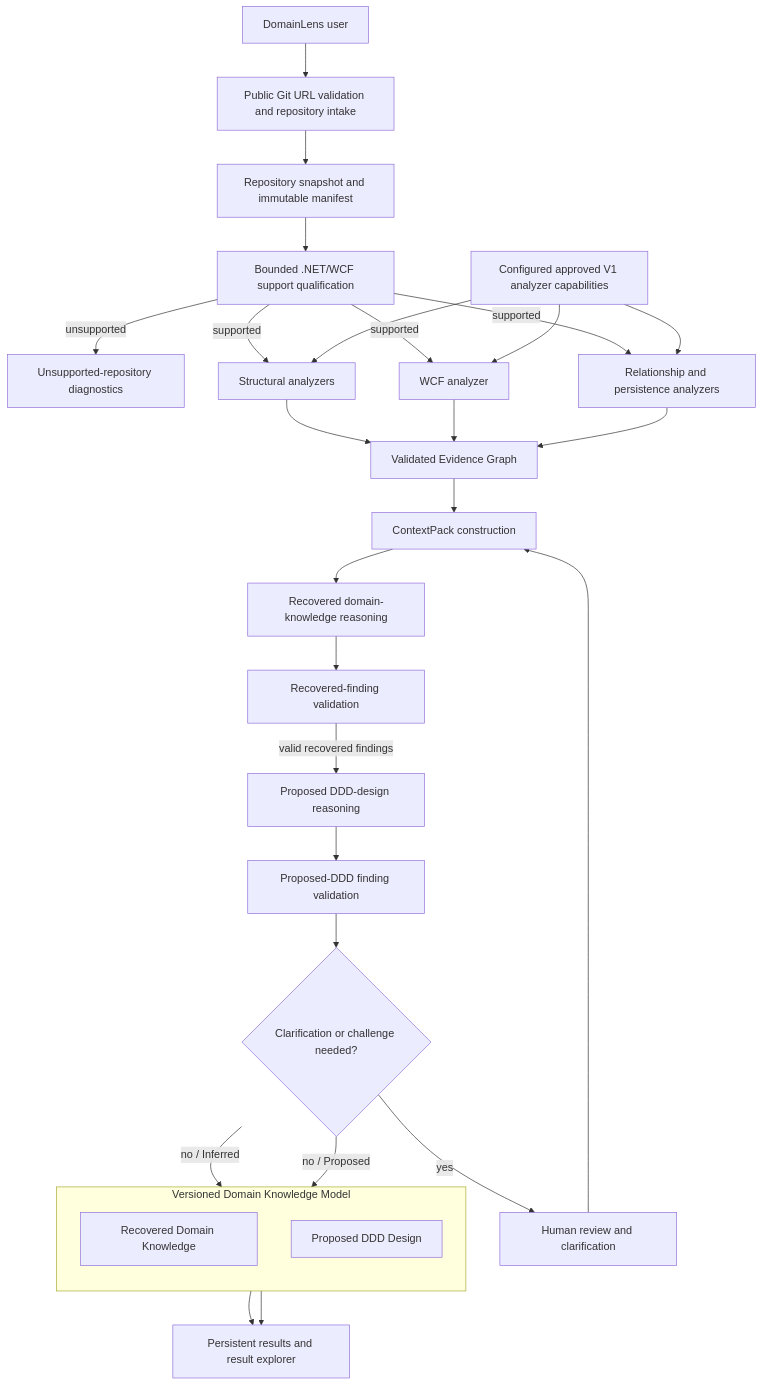
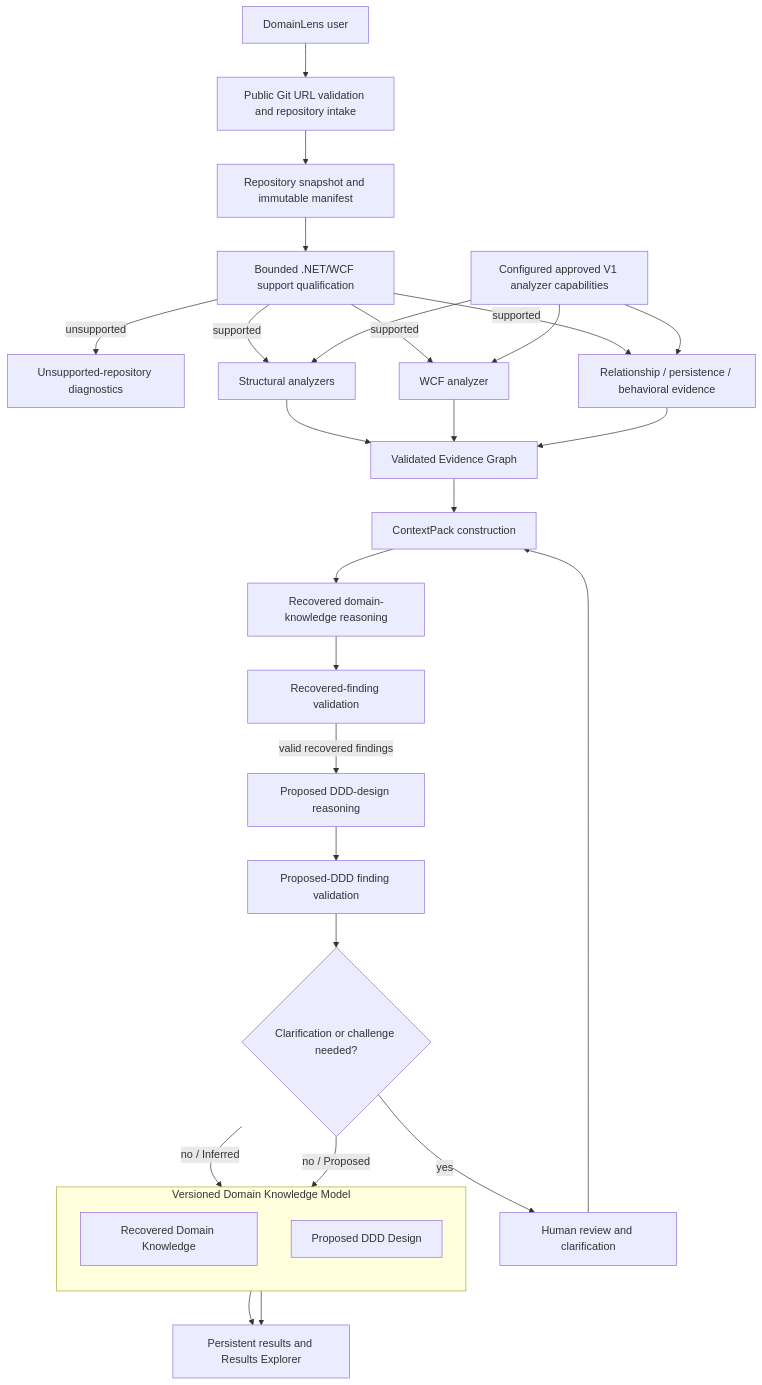
The third of 5 diagrams in docs/architecture/04-analysis-pipeline.md (ksharik/domainLens), drawn with Mermaid before and after one commit. The commit also changed other lines of this file and 21 other files, not shown here.

````diff
--- a/docs/architecture/04-analysis-pipeline.md
+++ b/docs/architecture/04-analysis-pipeline.md
@@ -182,43 +182,43 @@
 ```mermaid
 flowchart TD
     User[DomainLens user]
     Intake[Public Git URL validation and repository intake]
     Snapshot[Repository snapshot and immutable manifest]
     Qualification[Bounded .NET/WCF support qualification]
     AnalyzerConfig[Configured approved V1 analyzer capabilities]
     Unsupported[Unsupported-repository diagnostics]
     Structural[Structural analyzers]
     WCF[WCF analyzer]
-    Relations[Relationship and persistence analyzers]
+    Relations[Relationship / persistence / behavioral evidence]
     Evidence[Validated Evidence Graph]
     Context[ContextPack construction]
     DiscoveryReasoning[Recovered domain-knowledge reasoning]
     RecoveryValidation[Recovered-finding validation]
     DDD[Proposed DDD-design reasoning]
     DesignValidation[Proposed-DDD finding validation]
     Human{Clarification or challenge needed?}
     Review[Human review and clarification]
     subgraph Knowledge["Versioned Domain Knowledge Model"]
         direction TB
         RecoveredKnowledge[Recovered Domain Knowledge]
         ProposedDesign[Proposed DDD Design]
     end
-    Results[Persistent results and result explorer]
+    Results[Persistent results and Results Explorer]
 
     User --> Intake --> Snapshot --> Qualification
     Qualification -->|unsupported| Unsupported
     Qualification -->|supported| Structural
     Qualification -->|supported| WCF
     Qualification -->|supported| Relations
     AnalyzerConfig --> Structural
     AnalyzerConfig --> WCF
     AnalyzerConfig --> Relations
     Structural --> Evidence
     WCF --> Evidence
     Relations --> Evidence
     Evidence --> Context --> DiscoveryReasoning --> RecoveryValidation
     RecoveryValidation -->|valid recovered findings| DDD --> DesignValidation --> Human
     Human -->|yes| Review --> Context
     Human -->|"no / Inferred"| RecoveredKnowledge --> Results
     Human -->|"no / Proposed"| ProposedDesign --> Results
 ```
````
